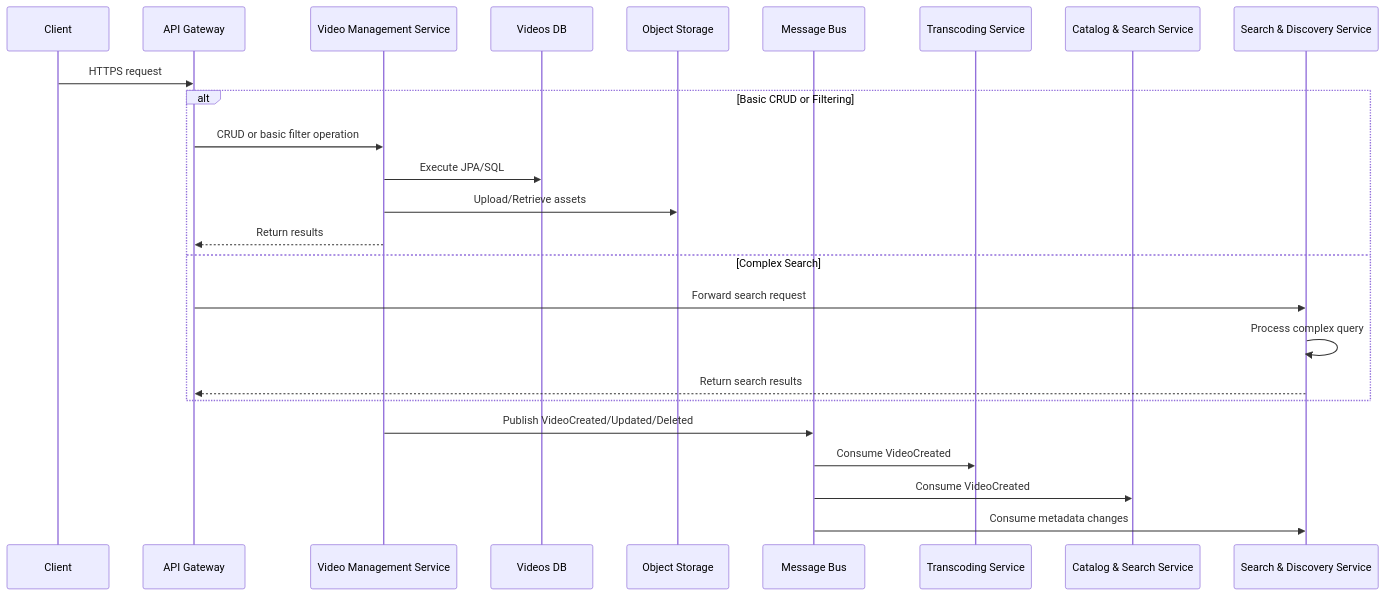
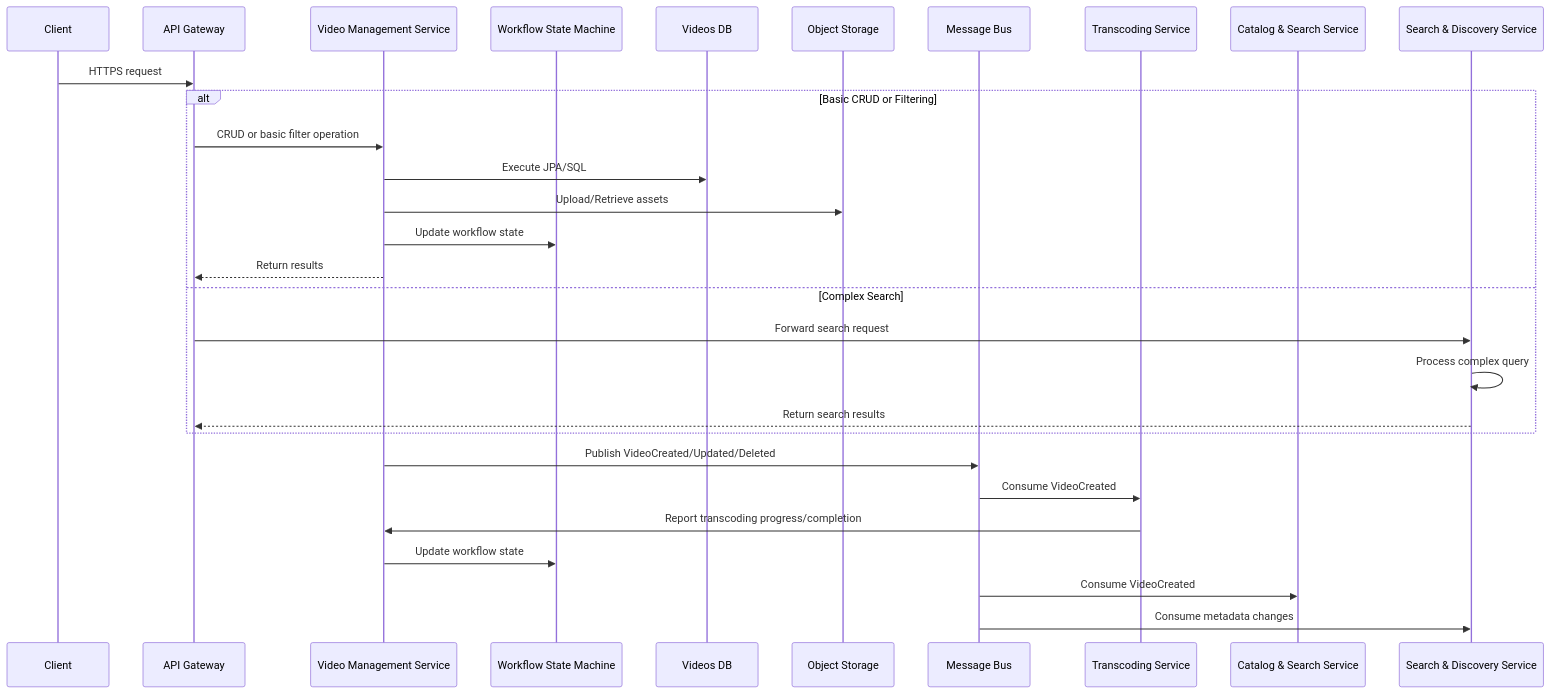
Before and after one commit to LoudlyDawn2108/netflix-clone: the diagram in services/video-mgmt/streamflix-videomgmt/README.md, drawn with Mermaid. The commit also changed other lines of this file and 138 other files, not shown here.

Commit message:
gg video mgmt got rate limited

````diff
--- a/services/video-mgmt/streamflix-videomgmt/README.md
+++ b/services/video-mgmt/streamflix-videomgmt/README.md
@@ -204,30 +247,34 @@
 ```mermaid
 sequenceDiagram
     participant Client
     participant API_Gateway as API Gateway
     participant VideoMgmt as Video Management Service
+    participant StateMachine as Workflow State Machine
     participant PostgreSQL as Videos DB
     participant S3 as Object Storage
     participant Kafka as Message Bus
     participant TranscodingService as Transcoding Service
     participant CatalogService as Catalog & Search Service
     participant SearchService as Search & Discovery Service
 
     Client->>API_Gateway: HTTPS request
 
     alt Basic CRUD or Filtering
         API_Gateway->>VideoMgmt: CRUD or basic filter operation
         VideoMgmt->>PostgreSQL: Execute JPA/SQL
         VideoMgmt->>S3: Upload/Retrieve assets
+        VideoMgmt->>StateMachine: Update workflow state
         VideoMgmt-->>API_Gateway: Return results
     else Complex Search
         API_Gateway->>SearchService: Forward search request
         SearchService->>SearchService: Process complex query
         SearchService-->>API_Gateway: Return search results
     end
 
     VideoMgmt->>Kafka: Publish VideoCreated/Updated/Deleted
     Kafka->>TranscodingService: Consume VideoCreated
+    TranscodingService->>VideoMgmt: Report transcoding progress/completion
+    VideoMgmt->>StateMachine: Update workflow state
     Kafka->>CatalogService: Consume VideoCreated
     Kafka->>SearchService: Consume metadata changes
 ```
````
